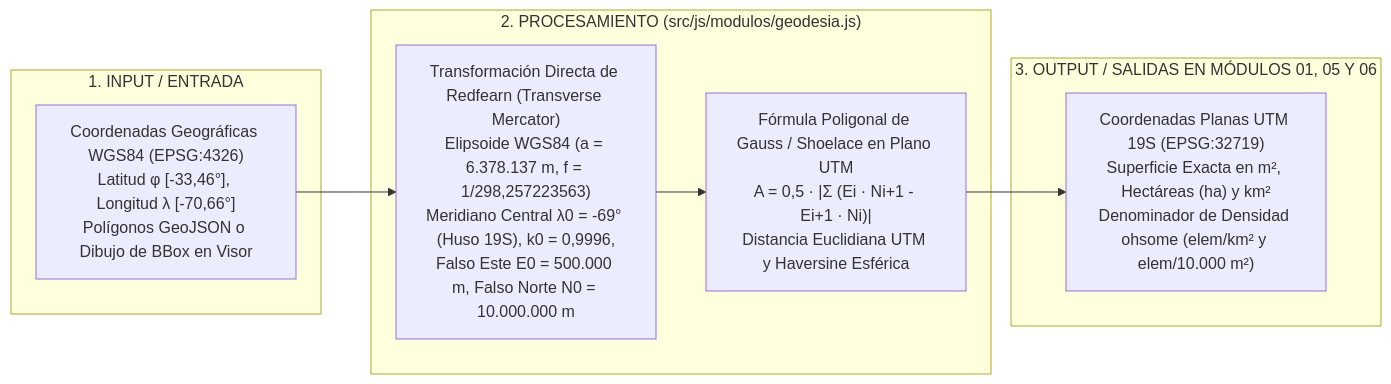
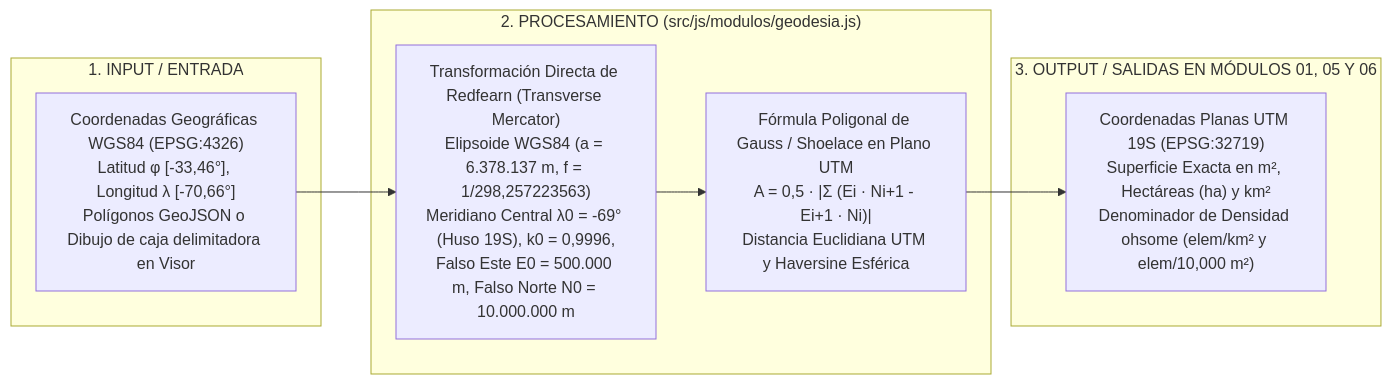
One commit to GEOJOTA/atlas-vgi-barrio-brasil changed the second of 4 diagrams in docs/ARQUITECTURA.md. Above: the diagram before and after it, drawn with Mermaid. The commit also changed other lines of this file and 28 other files, not shown here.

````diff
--- a/docs/ARQUITECTURA.md
+++ b/docs/ARQUITECTURA.md
@@ -59,17 +59,17 @@
 ```mermaid
 flowchart LR
     subgraph IN["1. INPUT / ENTRADA"]
-        G1["Coordenadas Geográficas WGS84 (EPSG:4326)<br/>Latitud φ [-33,46°], Longitud λ [-70,66°]<br/>Polígonos GeoJSON o Dibujo de BBox en Visor"]
+        G1["Coordenadas Geográficas WGS84 (EPSG:4326)<br/>Latitud φ [-33,46°], Longitud λ [-70,66°]<br/>Polígonos GeoJSON o Dibujo de caja delimitadora en Visor"]
     end
 
     subgraph PROC["2. PROCESAMIENTO (src/js/modulos/geodesia.js)"]
         G2["Transformación Directa de Redfearn (Transverse Mercator)<br/>Elipsoide WGS84 (a = 6.378.137 m, f = 1/298,257223563)<br/>Meridiano Central λ0 = -69° (Huso 19S), k0 = 0,9996,<br/>Falso Este E0 = 500.000 m, Falso Norte N0 = 10.000.000 m"]
         G3["Fórmula Poligonal de Gauss / Shoelace en Plano UTM<br/>A = 0,5 · |Σ (Ei · Ni+1 - Ei+1 · Ni)|<br/>Distancia Euclidiana UTM y Haversine Esférica"]
     end
 
     subgraph OUT["3. OUTPUT / SALIDAS EN MÓDULOS 01, 05 Y 06"]
-        G4["Coordenadas Planas UTM 19S (EPSG:32719)<br/>Superficie Exacta en m², Hectáreas (ha) y km²<br/>Denominador de Densidad ohsome (elem/km² y elem/10.000 m²)"]
+        G4["Coordenadas Planas UTM 19S (EPSG:32719)<br/>Superficie Exacta en m², Hectáreas (ha) y km²<br/>Denominador de Densidad ohsome (elem/km² y elem/10,000 m²)"]
     end
 
     G1 --> G2 --> G3 --> G4
 ```
````
